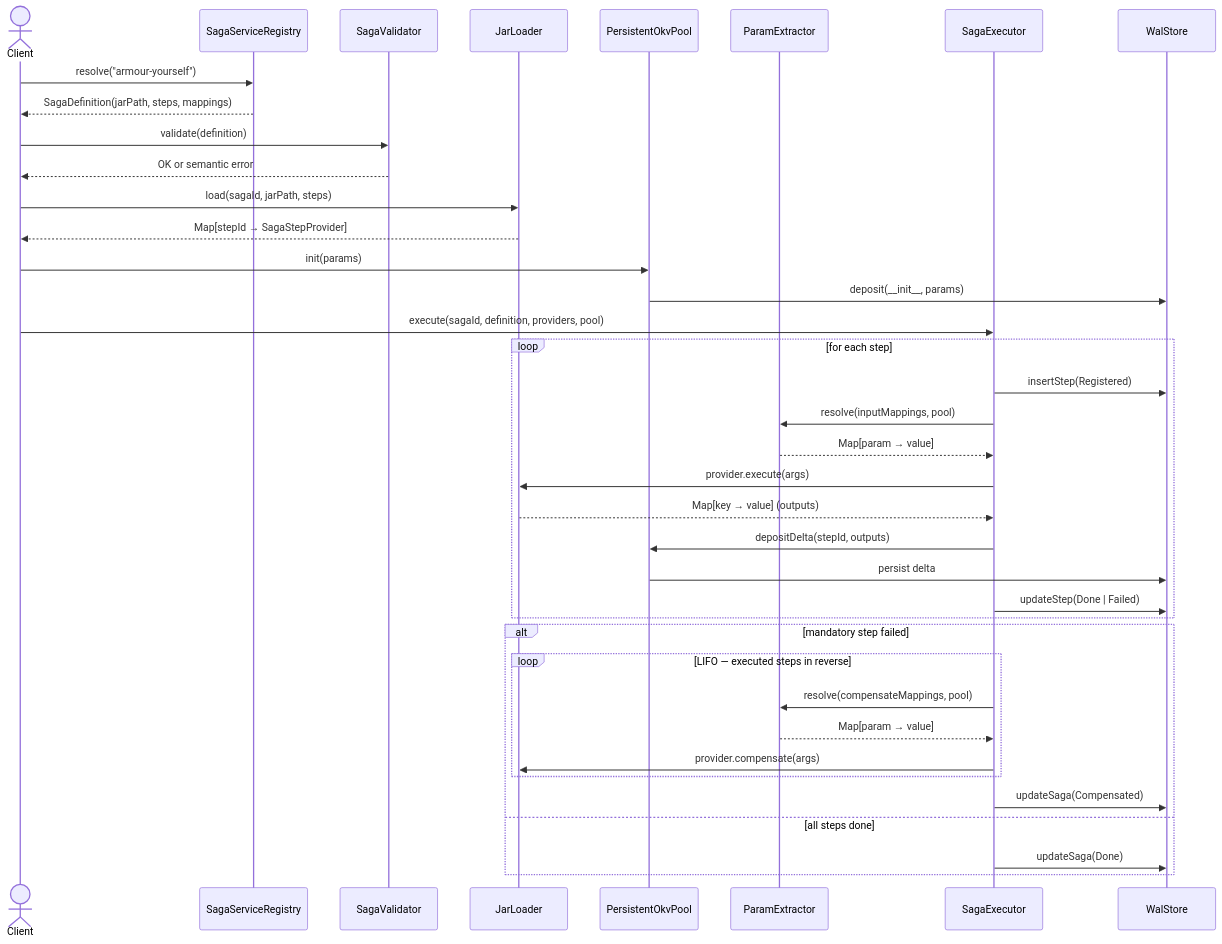
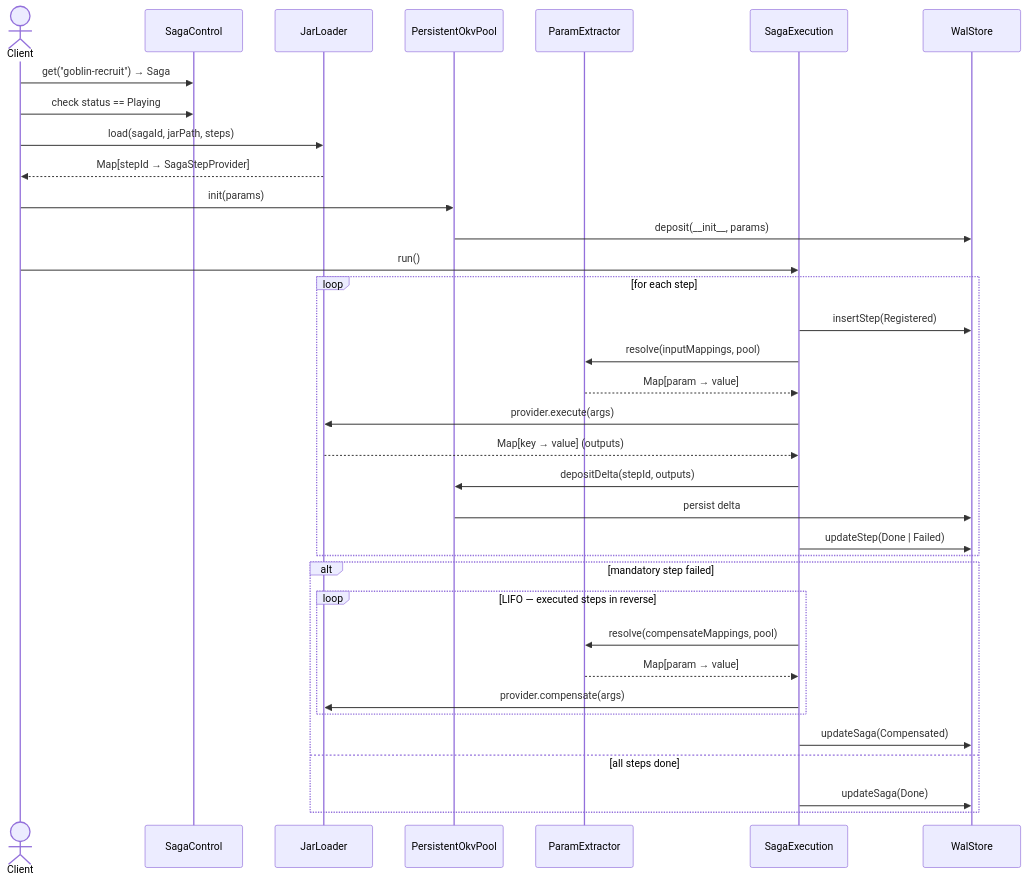
The third of 7 diagrams in doc/architecture.md (ccerdadiaz/saga-blind), drawn with Mermaid before and after one commit. The commit also changed other lines of this file and 6 other files, not shown here.

````diff
--- a/doc/architecture.md
+++ b/doc/architecture.md
@@ -42,47 +68,43 @@
 ```mermaid
 sequenceDiagram
     actor Client
-    participant SR as SagaServiceRegistry
-    participant SV as SagaValidator
+    participant SC as SagaControl
     participant JL as JarLoader
     participant PP as PersistentOkvPool
     participant PE as ParamExtractor
-    participant EX as SagaExecutor
+    participant EX as SagaExecution
     participant WAL as WalStore
 
-    Client->>SR: resolve("armour-yourself")
-    SR-->>Client: SagaDefinition(jarPath, steps, mappings)
-
-    Client->>SV: validate(definition)
-    SV-->>Client: OK or semantic error
+    Client->>SC: get("goblin-recruit") → Saga
+    Client->>SC: check status == Playing
 
     Client->>JL: load(sagaId, jarPath, steps)
     JL-->>Client: Map[stepId → SagaStepProvider]
 
     Client->>PP: init(params)
     PP->>WAL: deposit(__init__, params)
 
-    Client->>EX: execute(sagaId, definition, providers, pool)
+    Client->>EX: run()
 
     loop for each step
         EX->>WAL: insertStep(Registered)
         EX->>PE: resolve(inputMappings, pool)
         PE-->>EX: Map[param → value]
         EX->>JL: provider.execute(args)
         JL-->>EX: Map[key → value] (outputs)
         EX->>PP: depositDelta(stepId, outputs)
         PP->>WAL: persist delta
         EX->>WAL: updateStep(Done | Failed)
     end
 
     alt mandatory step failed
         loop LIFO — executed steps in reverse
             EX->>PE: resolve(compensateMappings, pool)
             PE-->>EX: Map[param → value]
             EX->>JL: provider.compensate(args)
         end
         EX->>WAL: updateSaga(Compensated)
     else all steps done
         EX->>WAL: updateSaga(Done)
     end
 ```
````
